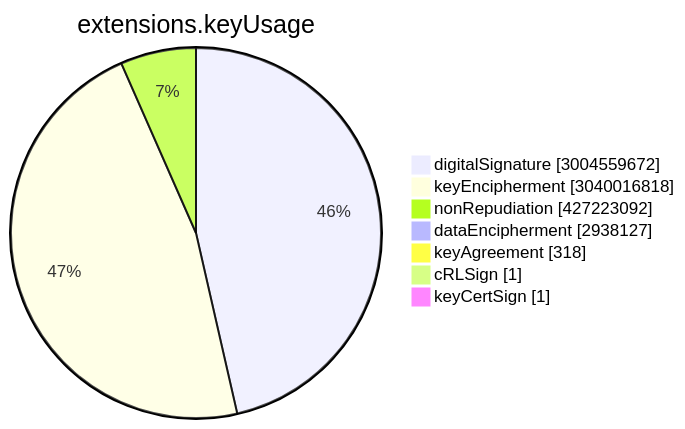
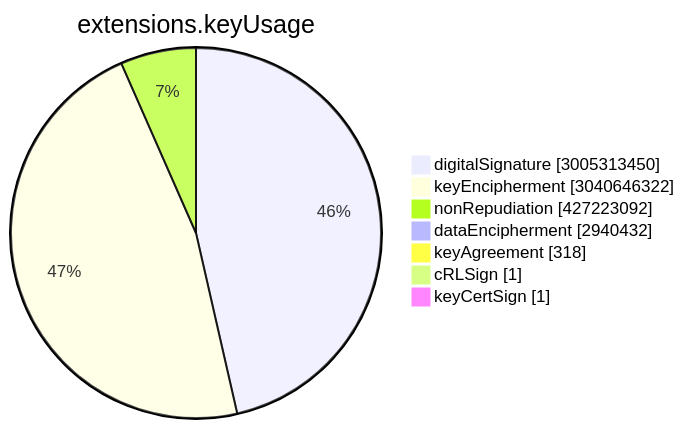
One commit to christiankrug/ctmonitor_visualization changed the sixth of 15 diagrams in TOTAL/README.md. Above: the diagram before and after it, drawn with Mermaid. The commit also changed other lines of this file, not shown here.

````diff
--- a/TOTAL/README.md
+++ b/TOTAL/README.md
@@ -3074,11 +3074,11 @@
 ```mermaid
 pie showData
 title extensions.keyUsage
-"digitalSignature" :3004559672
-"keyEncipherment" :3040016818
+"digitalSignature" :3005313450
+"keyEncipherment" :3040646322
 "nonRepudiation" :427223092
-"dataEncipherment" :2938127
+"dataEncipherment" :2940432
 "keyAgreement" :318
 "cRLSign" :1
 "keyCertSign" :1
 ```
````
